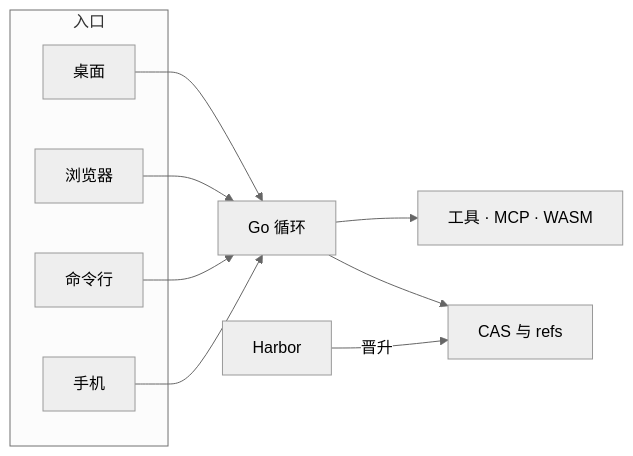
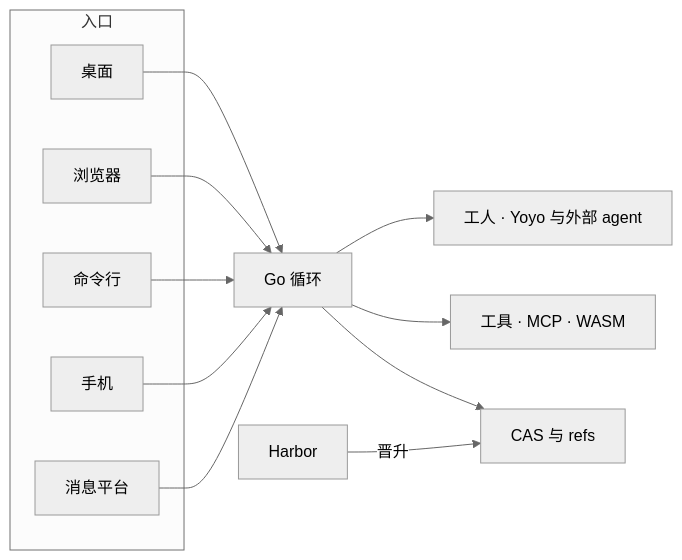
The diagram in README.zh-CN.md (Shenchangxin/yoyo), drawn with Mermaid (neutral theme) before and after one commit. The commit also changed other lines of this file and 44 other files, not shown here.

````diff
--- a/README.zh-CN.md
+++ b/README.zh-CN.md
@@ -263,20 +314,24 @@
 ```mermaid
 flowchart LR
   subgraph doors [入口]
     GUI[桌面]
     HTTP[浏览器]
     CLI[命令行]
     Phone[手机]
+    IM[消息平台]
   end
   Loop[Go 循环]
+  Workers[工人 · Yoyo 与外部 agent]
   Tools[工具 · MCP · WASM]
   CAS[CAS 与 refs]
   Harbor[Harbor]
   GUI --> Loop
   HTTP --> Loop
   CLI --> Loop
   Phone --> Loop
+  IM --> Loop
+  Loop --> Workers
   Loop --> Tools
   Loop --> CAS
   Harbor -->|晋升| CAS
 ```
````
